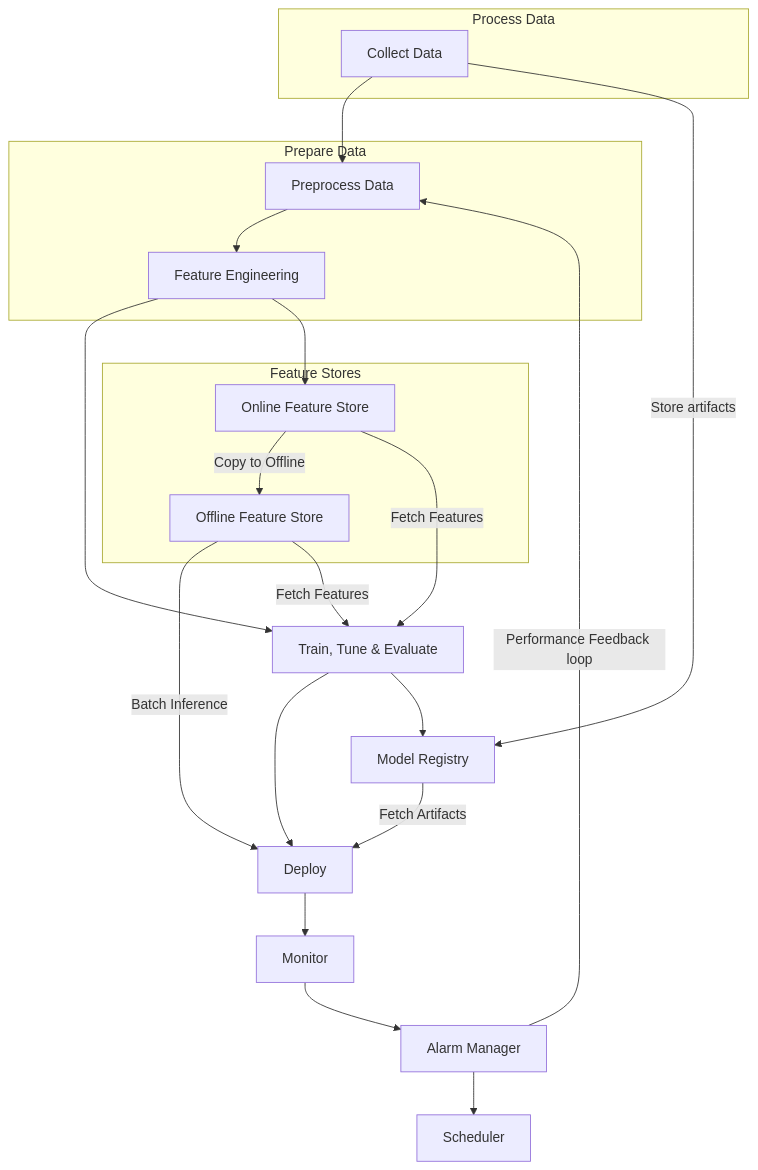
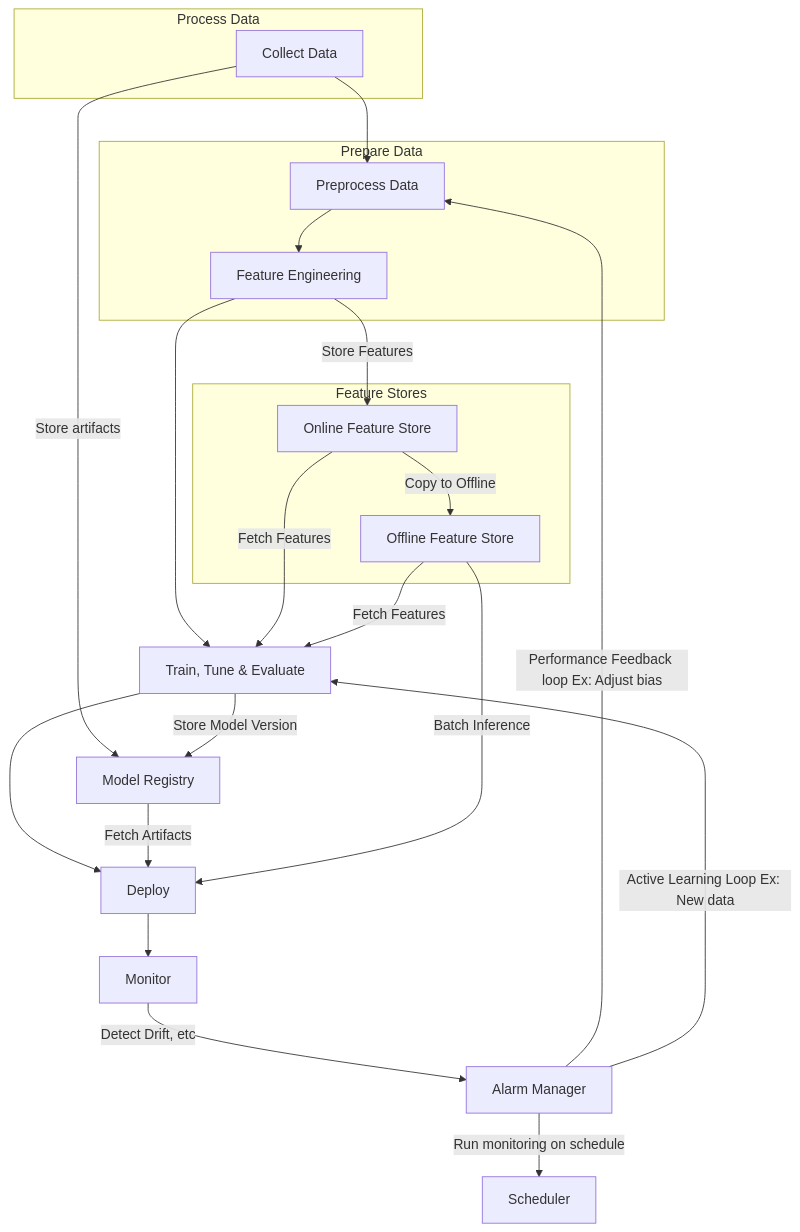
One commit to dmenezesgabriel/datadev changed the second of 2 diagrams in docs/ml-design-principles.md. Above: the diagram before and after it, drawn with Mermaid. The commit also changed other lines of this file, not shown here.

````diff
--- a/docs/ml-design-principles.md
+++ b/docs/ml-design-principles.md
@@ -43,43 +67,42 @@
 ```mermaid
 flowchart
 
 subgraph Process Data
     A[Collect Data]
 end
 
 subgraph Prepare Data
     B[Preprocess Data]
     C[Feature Engineering]
 end
 
 D[Train, Tune & Evaluate]
 E[Deploy]
 F[Monitor]
 G[Alarm Manager]
 H[Scheduler]
 I[Model Registry]
 
 subgraph Feature Stores
     J[Online Feature Store]
     K[Offline Feature Store]
 end
 
 A --> B
 B --> C
 C --> D
 D --> E
 E --> F
-F --> G
-G --> H
-G --> |Performance Feedback loop|B
+F --> |Detect Drift, etc|G
+G --> |Run monitoring on schedule|H
+G --> |Performance Feedback loop Ex: Adjust bias|B
+G --> |Active Learning Loop Ex: New data|D
 A --> |Store artifacts|I
-D --> I
+D --> |Store Model Version|I
 I --> |Fetch Artifacts|E
-C --> J
+C --> |Store Features|J
 J --> |Copy to Offline|K
 K --> |Batch Inference|E
 J --> |Fetch Features|D
 K --> |Fetch Features|D
-
-
 ```
````
